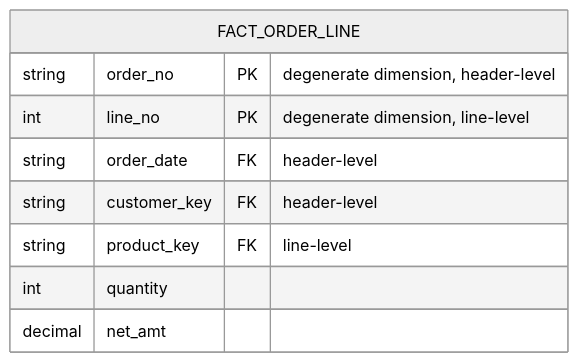
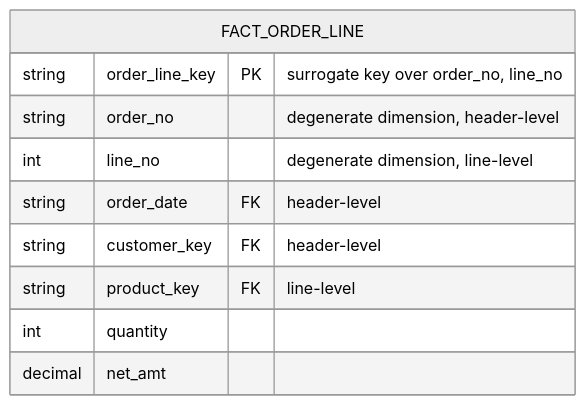
Before and after one commit to ducchetrongminh/vitlamdata_dbt_postgres: the seventh of 7 diagrams in docs/dimensional-modeling-standards.md, drawn with Mermaid (neutral theme). The commit also changed other lines of this file and 1 other file, not shown here.

````diff
--- a/docs/dimensional-modeling-standards.md
+++ b/docs/dimensional-modeling-standards.md
@@ -541,12 +552,13 @@
 ```mermaid
 erDiagram
     FACT_ORDER_LINE {
-        string order_no PK "degenerate dimension, header-level"
-        int line_no PK "degenerate dimension, line-level"
+        string order_line_key PK "surrogate key over order_no, line_no"
+        string order_no "degenerate dimension, header-level"
+        int line_no "degenerate dimension, line-level"
         string order_date FK "header-level"
         string customer_key FK "header-level"
         string product_key FK "line-level"
         int quantity
         decimal net_amt
     }
 ```
````
